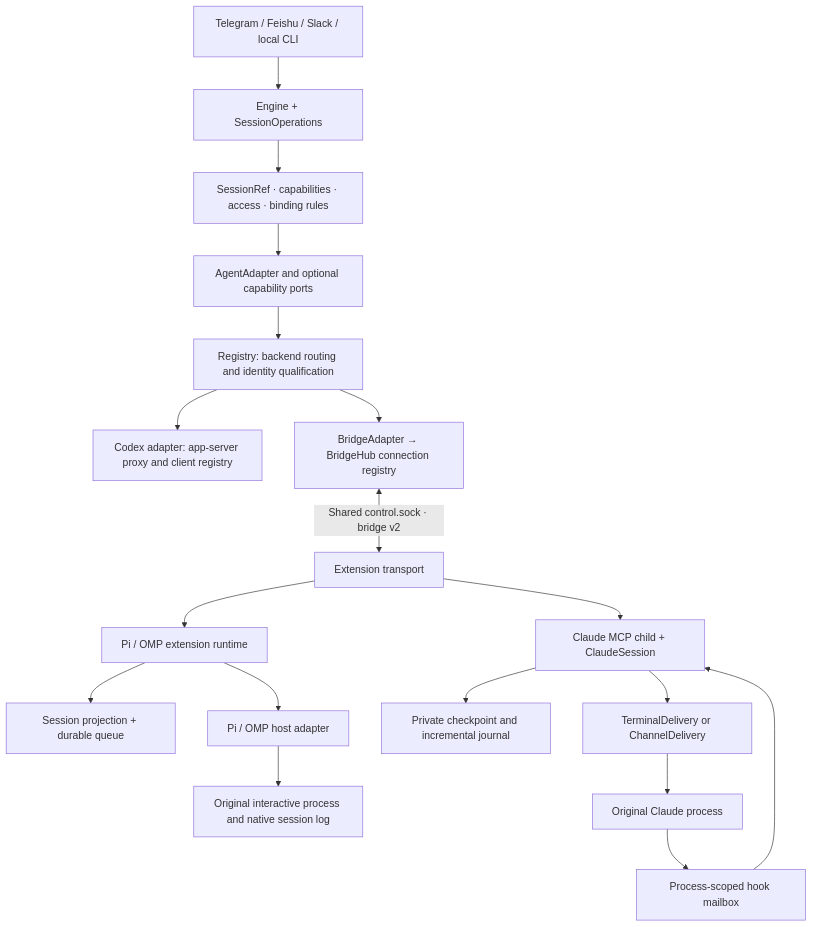
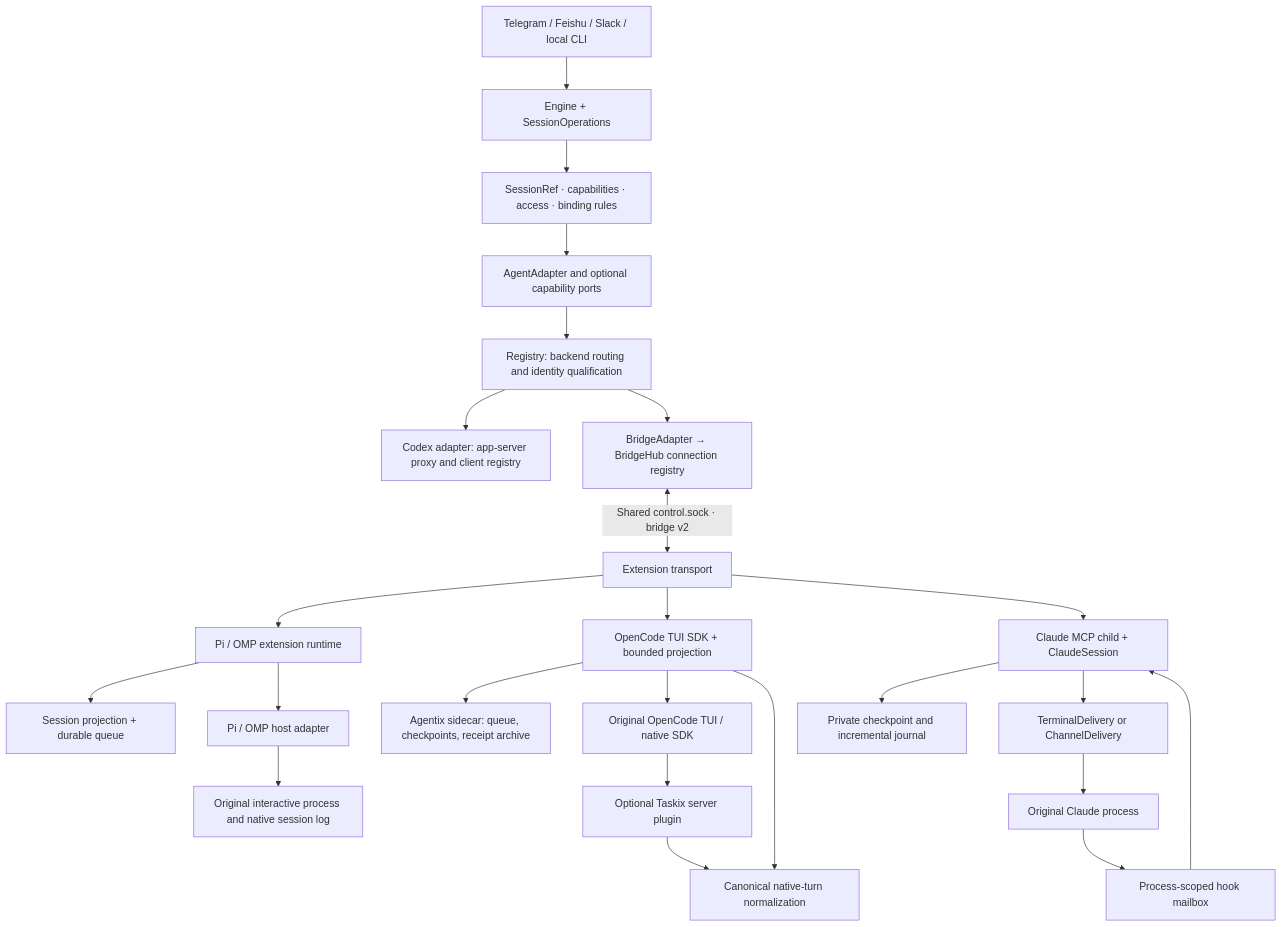
Before and after one commit to tenfyzhong/agentix: the second of 5 diagrams in docs/architecture.md, drawn with Mermaid. The commit also changed other lines of this file and 73 other files, not shown here.

First line of the commit message:
feat: add OpenCode 2 runtime and Taskix integration (#163)

````diff
--- a/docs/architecture.md
+++ b/docs/architecture.md
@@ -76,20 +76,26 @@
 ```mermaid
 flowchart TB
     UI["Telegram / Feishu / Slack / local CLI"] --> APP["Engine + SessionOperations"]
     APP --> DOMAIN["SessionRef · capabilities · access · binding rules"]
     DOMAIN --> PORTS["AgentAdapter and optional capability ports"]
     PORTS --> REG["Registry: backend routing and identity qualification"]
     REG --> CODEX["Codex adapter: app-server proxy and client registry"]
     REG --> BRIDGE["BridgeAdapter → BridgeHub connection registry"]
     BRIDGE <-->|"Shared control.sock · bridge v2"| TRANSPORT["Extension transport"]
     TRANSPORT --> RUNTIME["Pi / OMP extension runtime"]
     RUNTIME --> STATE["Session projection + durable queue"]
     RUNTIME --> HOST["Pi / OMP host adapter"]
     HOST --> NATIVE["Original interactive process and native session log"]
+    TRANSPORT --> OC["OpenCode TUI SDK + bounded projection"]
+    OC --> OCLOG["Agentix sidecar: queue, checkpoints, receipt archive"]
+    OC --> OCHOST["Original OpenCode TUI / native SDK"]
+    OCHOST --> OCSERVER["Optional Taskix server plugin"]
+    OCSERVER --> TURN["Canonical native-turn normalization"]
+    OC --> TURN
     TRANSPORT --> CLAUDE["Claude MCP child + ClaudeSession"]
     CLAUDE --> STORE["Private checkpoint and incremental journal"]
     CLAUDE --> INPUT["TerminalDelivery or ChannelDelivery"]
     INPUT --> CC["Original Claude process"]
     CC --> HOOKS["Process-scoped hook mailbox"]
     HOOKS --> CLAUDE
 ```
````
